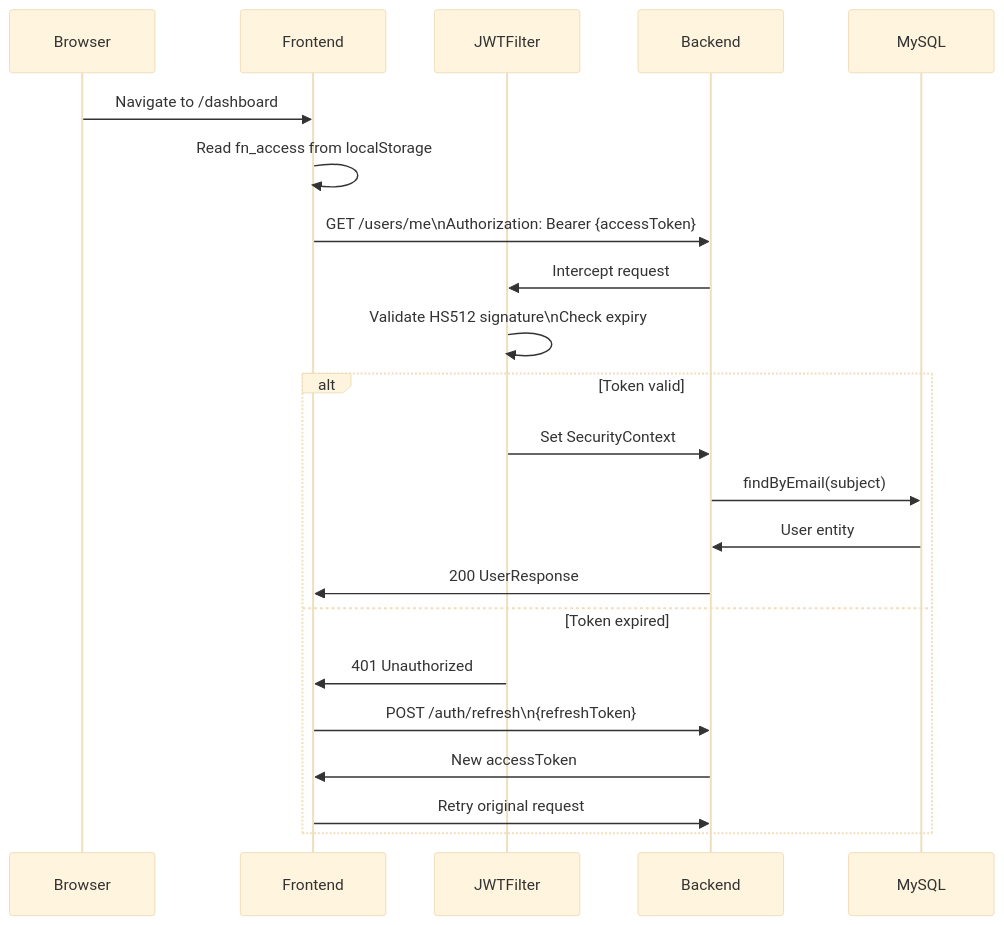
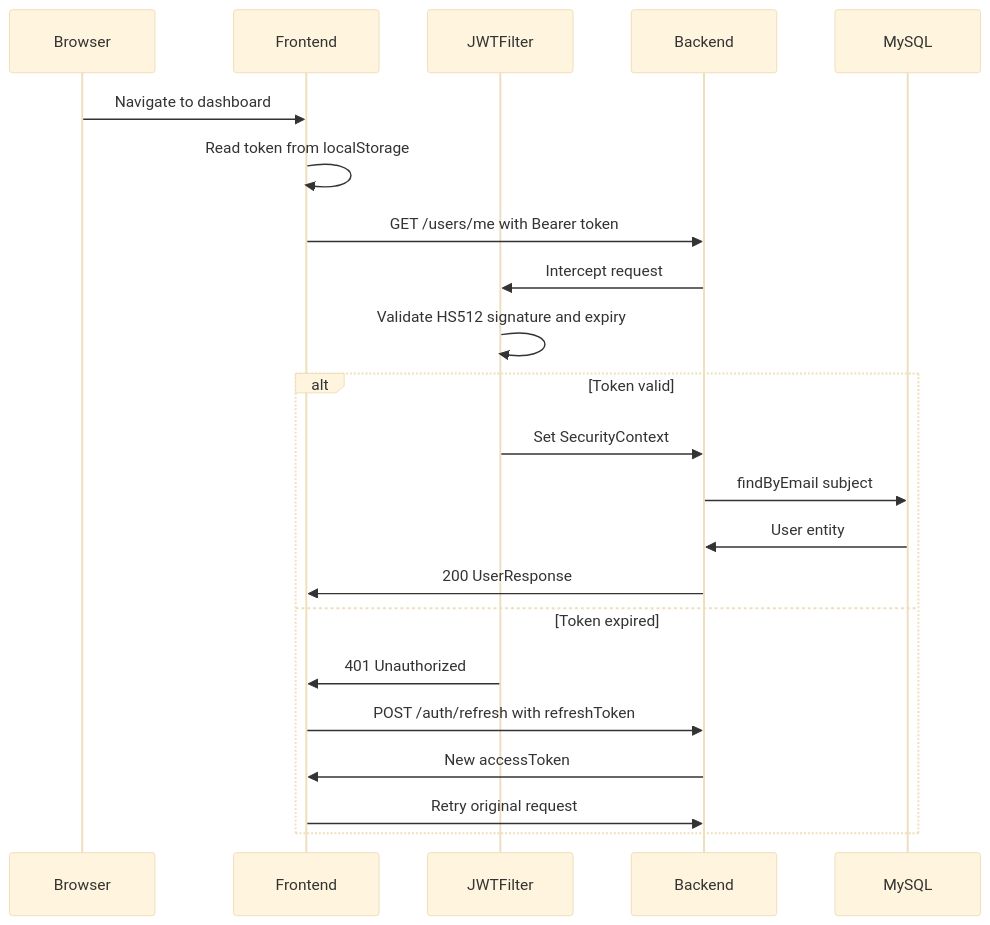
One commit to rishikanthjavadev-stack/focusnest changed the fifth of 5 diagrams in README.md. Above: the diagram before and after it, drawn with Mermaid (base theme). The commit also changed other lines of this file, not shown here.

````diff
--- a/README.md
+++ b/README.md
@@ -230,25 +269,25 @@
 ```mermaid
 sequenceDiagram
     participant Browser
     participant Frontend
     participant JWTFilter
     participant Backend
     participant MySQL
 
-    Browser->>Frontend: Navigate to /dashboard
-    Frontend->>Frontend: Read fn_access from localStorage
-    Frontend->>Backend: GET /users/me\nAuthorization: Bearer {accessToken}
+    Browser->>Frontend: Navigate to dashboard
+    Frontend->>Frontend: Read token from localStorage
+    Frontend->>Backend: GET /users/me with Bearer token
     Backend->>JWTFilter: Intercept request
-    JWTFilter->>JWTFilter: Validate HS512 signature\nCheck expiry
+    JWTFilter->>JWTFilter: Validate HS512 signature and expiry
     alt Token valid
         JWTFilter->>Backend: Set SecurityContext
-        Backend->>MySQL: findByEmail(subject)
+        Backend->>MySQL: findByEmail subject
         MySQL->>Backend: User entity
         Backend->>Frontend: 200 UserResponse
     else Token expired
         JWTFilter->>Frontend: 401 Unauthorized
-        Frontend->>Backend: POST /auth/refresh\n{refreshToken}
+        Frontend->>Backend: POST /auth/refresh with refreshToken
         Backend->>Frontend: New accessToken
         Frontend->>Backend: Retry original request
     end
 ```
````
